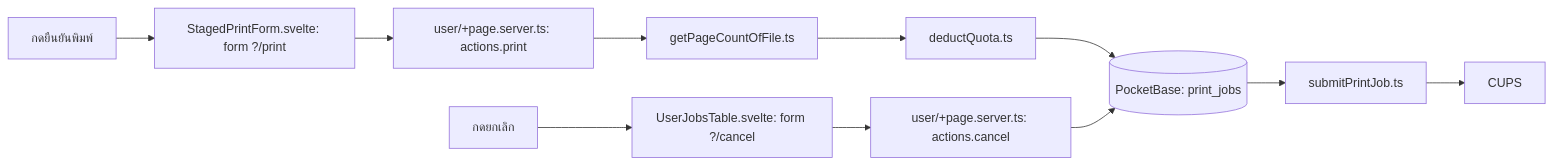
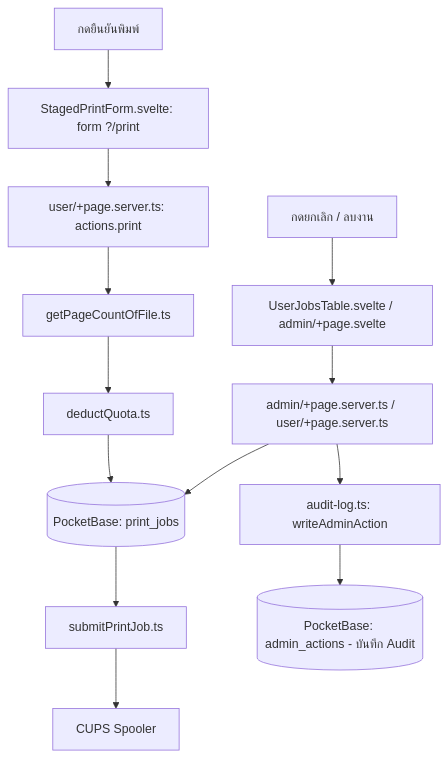
The diagram in CLICK_FLOW.md (66050207-Nonthakorn/Printer-server), drawn with Mermaid before and after one commit. The commit also changed other lines of this file and 1 other file, not shown here.

Commit message:
docs: update README and CLICK_FLOW with admin_actions audit and spooler flow

````diff
--- a/CLICK_FLOW.md
+++ b/CLICK_FLOW.md
@@ -3,13 +3,16 @@
 ```mermaid
-flowchart LR
+flowchart TD
   A[กดยืนยันพิมพ์] --> B[StagedPrintForm.svelte: form ?/print]
   B --> C[user/+page.server.ts: actions.print]
   C --> D[getPageCountOfFile.ts]
   D --> E[deductQuota.ts]
   E --> H[(PocketBase: print_jobs)]
   H --> F[submitPrintJob.ts]
-  F --> G[CUPS]
-  I[กดยกเลิก] --> J[UserJobsTable.svelte: form ?/cancel]
-  J --> K[user/+page.server.ts: actions.cancel]
+  F --> G[CUPS Spooler]
+  
+  I[กดยกเลิก / ลบงาน] --> J[UserJobsTable.svelte / admin/+page.svelte]
+  J --> K[admin/+page.server.ts / user/+page.server.ts]
   K --> H
+  K --> L[audit-log.ts: writeAdminAction]
+  L --> M[(PocketBase: admin_actions - บันทึก Audit)]
 ```
````
